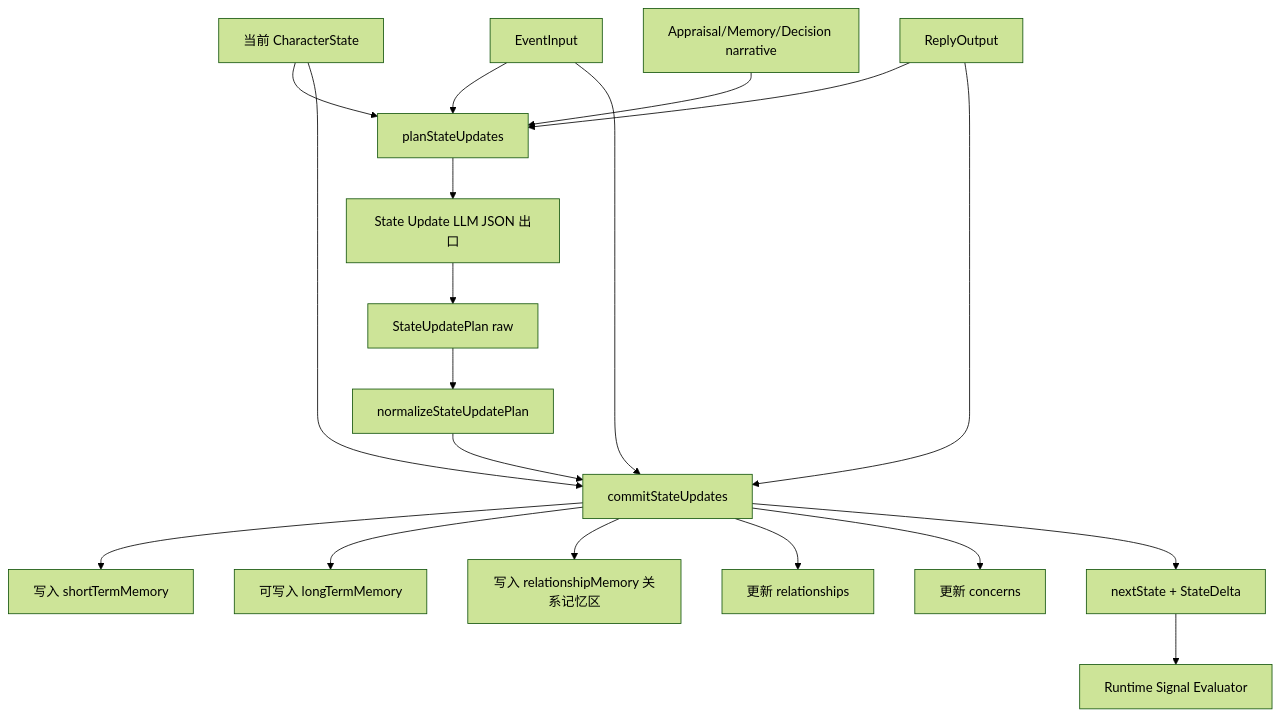
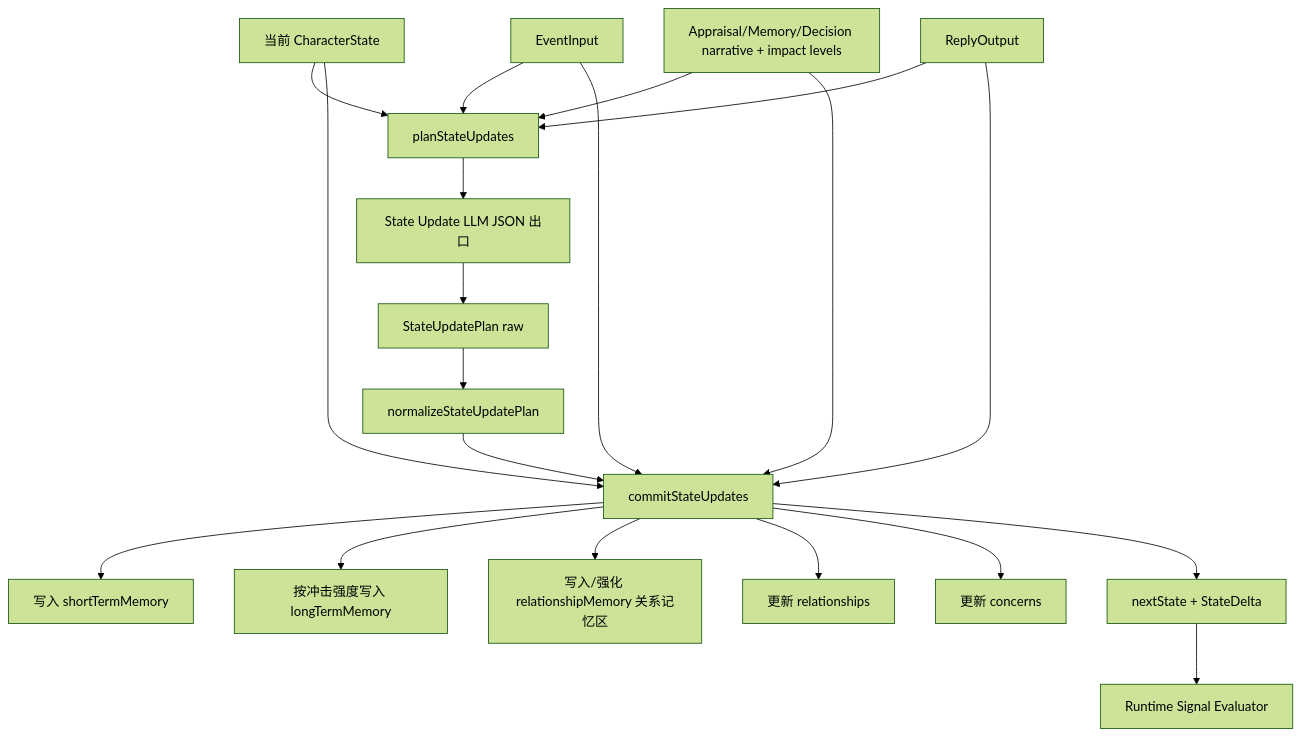
Before and after one commit to ttmanthatman/virtual-human-flow: diagram 21 of 31 in docs/SYSTEM_FLOW.md, drawn with Mermaid (forest theme). The commit also changed other lines of this file and 11 other files, not shown here.

````diff
--- a/docs/SYSTEM_FLOW.md
+++ b/docs/SYSTEM_FLOW.md
@@ -524,21 +526,22 @@
 ```mermaid
 flowchart TD
     S["当前 CharacterState"] --> PLAN["planStateUpdates"]
     E["EventInput"] --> PLAN
     R["ReplyOutput"] --> PLAN
-    C["Appraisal/Memory/Decision narrative"] --> PLAN
+    C["Appraisal/Memory/Decision narrative + impact levels"] --> PLAN
     PLAN --> CLIENT["State Update LLM JSON 出口"]
     CLIENT --> RAW["StateUpdatePlan raw"]
     RAW --> NORM["normalizeStateUpdatePlan"]
     NORM --> COMMIT["commitStateUpdates"]
+    C --> COMMIT
     S --> COMMIT
     E --> COMMIT
     R --> COMMIT
     COMMIT --> STM["写入 shortTermMemory"]
-    COMMIT --> LTM["可写入 longTermMemory"]
-    COMMIT --> RMEM["写入 relationshipMemory 关系记忆区"]
+    COMMIT --> LTM["按冲击强度写入 longTermMemory"]
+    COMMIT --> RMEM["写入/强化 relationshipMemory 关系记忆区"]
     COMMIT --> REL["更新 relationships"]
     COMMIT --> CONCERN["更新 concerns"]
     COMMIT --> NEXT["nextState + StateDelta"]
     NEXT --> SIGNAL["Runtime Signal Evaluator"]
 ```
````
